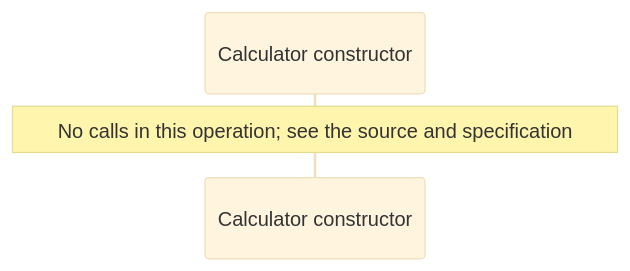
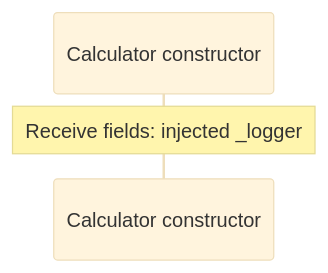
Before and after one commit to GreenPandaStudios/augscript: the fourth of 8 diagrams in docs/examples/developer-workflow/calculator-diagrams.md, drawn with Mermaid (base theme). The commit also changed other lines of this file and 289 other files, not shown here.

Commit message:
Correct diagram control flow and complete generated wiki navigation

````diff
--- a/docs/examples/developer-workflow/calculator-diagrams.md
+++ b/docs/examples/developer-workflow/calculator-diagrams.md
@@ -76,6 +76,6 @@
 ```mermaid
 sequenceDiagram
     participant p0 as Calculator constructor
 
-    Note over p0: No calls in this operation#59; see the source and specification
+    Note over p0: Receive fields: injected _logger
 ```
````
